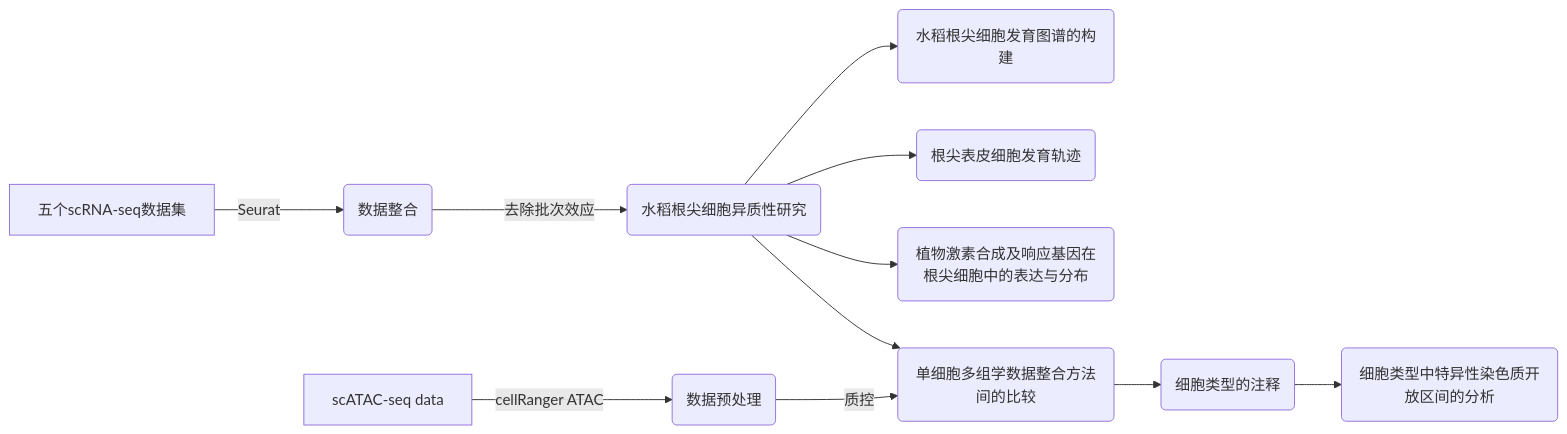
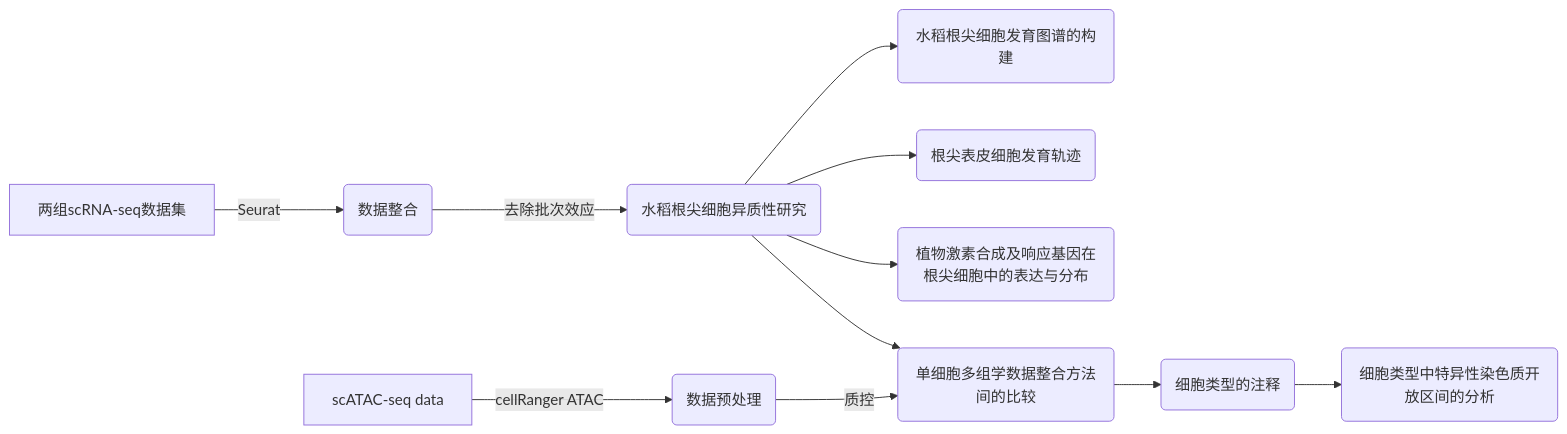
Before and after one commit to wenkaiyan-kevin/Graduation-Thesis: the second of 2 diagrams in README.md, drawn with Mermaid. The commit also changed other lines of this file and 3 other files, not shown here.

````diff
--- a/README.md
+++ b/README.md
@@ -107,14 +107,14 @@
 ```mermaid
         graph LR
-                A[五个scRNA-seq数据集] --> |Seurat| C1(数据整合)
+                A[两组scRNA-seq数据集] --> |Seurat| C1(数据整合)
                 B[scATAC-seq data] --> |cellRanger ATAC| C2(数据预处理)
                 C1(数据整合) --> |去除批次效应| D1(水稻根尖细胞异质性研究)
                 D1(水稻根尖细胞异质性研究) --> E1(水稻根尖细胞发育图谱的构建)
                 D1(水稻根尖细胞异质性研究) --> F1(根尖表皮细胞发育轨迹)
                 D1(水稻根尖细胞异质性研究) --> G1(植物激素合成及响应基因在根尖细胞中的表达与分布)
 
                 C2(数据预处理) --> |质控| D2(单细胞多组学数据整合方法间的比较)
                 D1(水稻根尖细胞异质性研究) --> D2(单细胞多组学数据整合方法间的比较)
                 D2(单细胞多组学数据整合方法间的比较) --> E2(细胞类型的注释)
                 E2(细胞类型的注释) --> F2(细胞类型中特异性染色质开放区间的分析)
 ```
````
